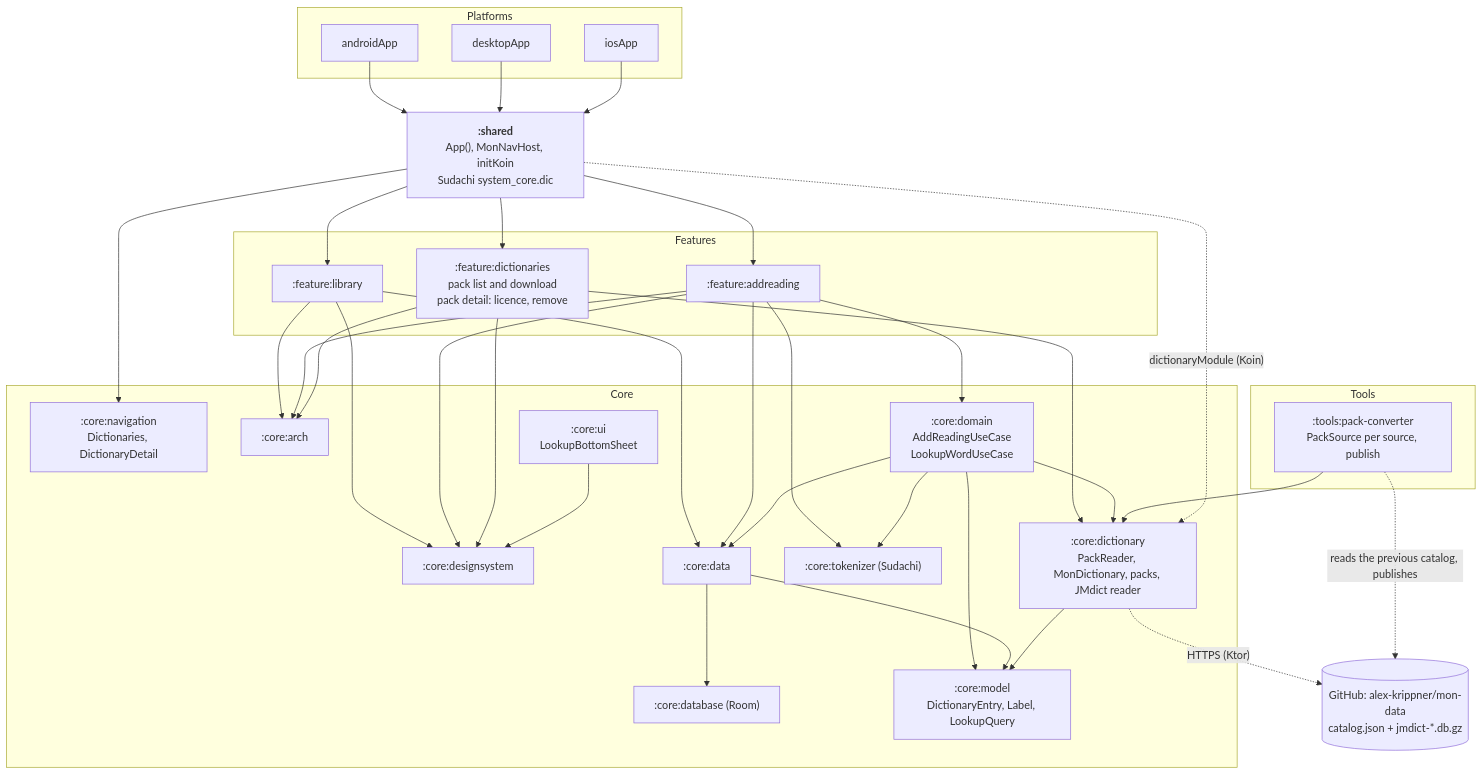
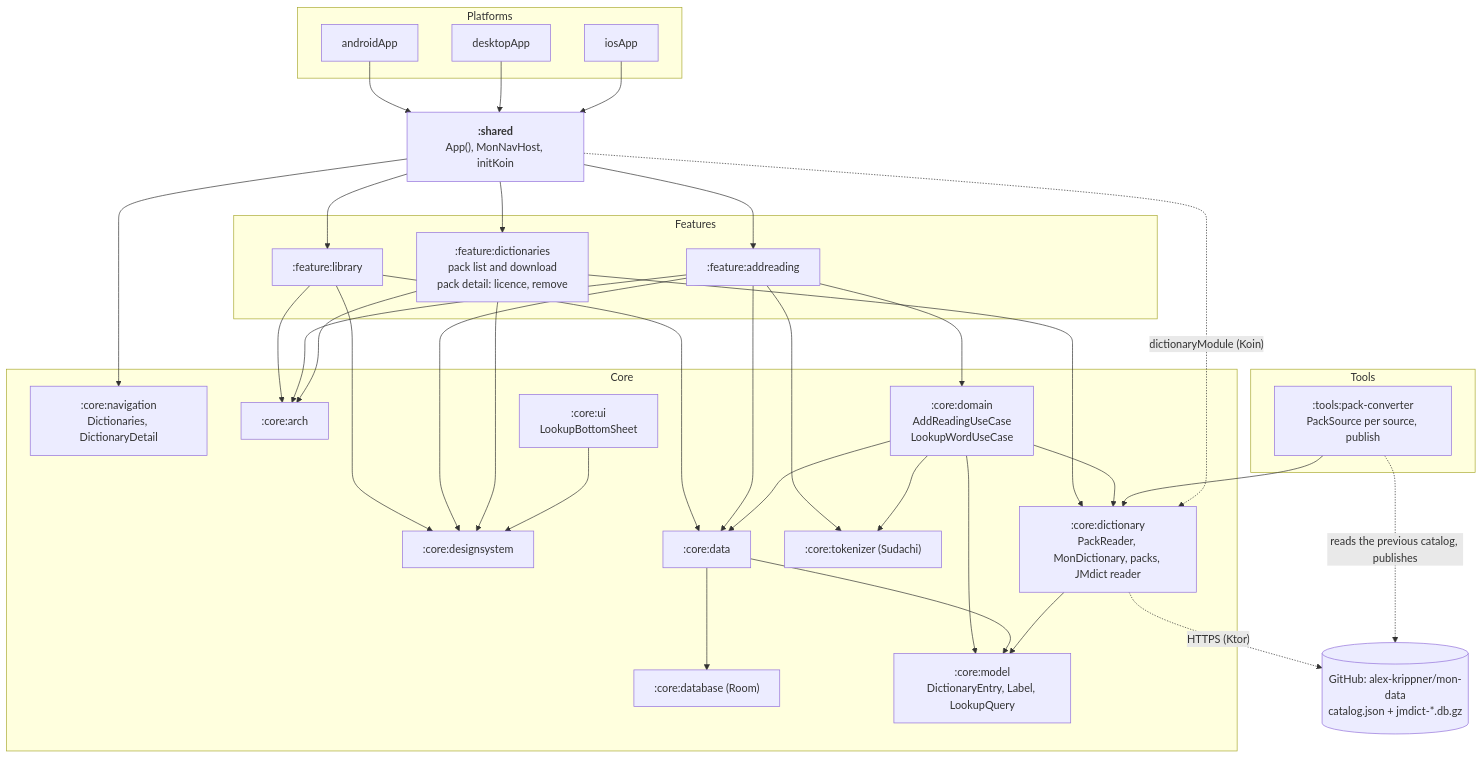
One commit to alex-krippner/mon changed the first of 2 diagrams in docs/dictionary-architecture.md. Above: the diagram before and after it, drawn with Mermaid. The commit also changed other lines of this file and 25 other files, not shown here.

````diff
--- a/docs/dictionary-architecture.md
+++ b/docs/dictionary-architecture.md
@@ -25,52 +26,52 @@
 ```mermaid
 flowchart TB
   subgraph Platforms
     androidApp
     desktopApp
     iosApp
   end
 
-  shared["<b>:shared</b><br/>App(), MonNavHost, initKoin<br/>Sudachi system_core.dic"]
+  shared["<b>:shared</b><br/>App(), MonNavHost, initKoin"]
 
   subgraph Features
     library[":feature:library"]
     addreading[":feature:addreading"]
     dictionaries[":feature:dictionaries<br/>pack list and download<br/>pack detail: licence, remove"]
   end
 
   subgraph Core
     nav[":core:navigation<br/>Dictionaries, DictionaryDetail"]
     arch[":core:arch"]
     ui[":core:ui<br/>LookupBottomSheet"]
     ds[":core:designsystem"]
     domain[":core:domain<br/>AddReadingUseCase<br/>LookupWordUseCase"]
     data[":core:data"]
     db[":core:database (Room)"]
     tok[":core:tokenizer (Sudachi)"]
     dict[":core:dictionary<br/>PackReader, MonDictionary, packs, JMdict reader"]
     model[":core:model<br/>DictionaryEntry, Label, LookupQuery"]
   end
 
   subgraph Tools
     conv[":tools:pack-converter<br/>PackSource per source, publish"]
   end
 
   mondata[("GitHub: alex-krippner/mon-data<br/>catalog.json + jmdict-*.db.gz")]
 
   androidApp --> shared
   desktopApp --> shared
   iosApp --> shared
   shared --> library & addreading & dictionaries & nav
   library --> data
   addreading --> domain & data & tok
   dictionaries --> dict
   library & addreading & dictionaries --> ds & arch
   ui --> ds
   domain --> data & tok & dict & model
   data --> db & model
   dict --> model
   conv --> dict
   conv -. "reads the previous catalog, publishes" .-> mondata
   dict -. "HTTPS (Ktor)" .-> mondata
   shared -. "dictionaryModule (Koin)" .-> dict
 ```
````
